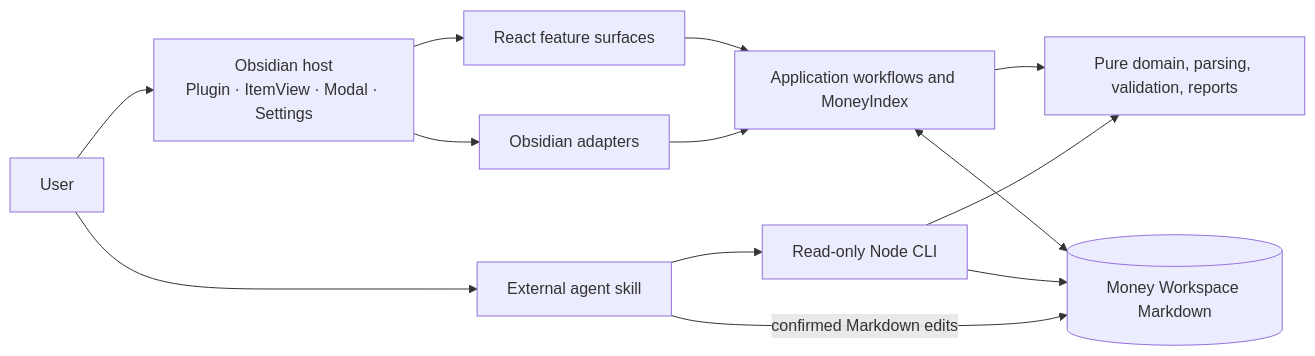
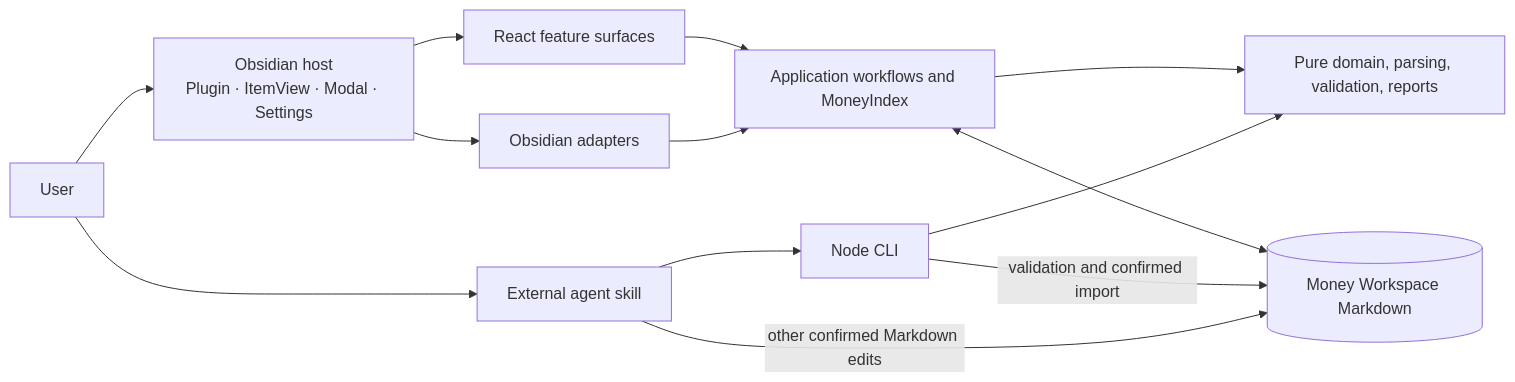
The diagram in docs/architecture/overview.md (devctllabs/obsidian-money-manager), drawn with Mermaid before and after one commit. The commit also changed other lines of this file and 46 other files, not shown here.

````diff
--- a/docs/architecture/overview.md
+++ b/docs/architecture/overview.md
@@ -8,25 +8,25 @@
 ```mermaid
 flowchart LR
     user["User"]
     host["Obsidian host<br/>Plugin · ItemView · Modal · Settings"]
     react["React feature surfaces"]
     adapters["Obsidian adapters"]
     application["Application workflows and MoneyIndex"]
     domain["Pure domain, parsing, validation, reports"]
     workspace[("Money Workspace Markdown")]
     agent["External agent skill"]
-    cli["Read-only Node CLI"]
+    cli["Node CLI"]
 
     user --> host
     host --> react
     react --> application
     host --> adapters
     adapters --> application
     application --> domain
     application <--> workspace
     user --> agent
     agent --> cli
     cli --> domain
-    cli --> workspace
-    agent -->|"confirmed Markdown edits"| workspace
+    cli -->|"validation and confirmed import"| workspace
+    agent -->|"other confirmed Markdown edits"| workspace
 ```
````
